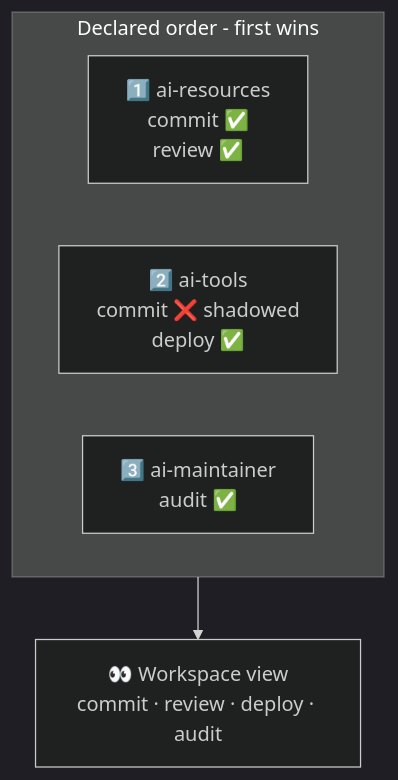
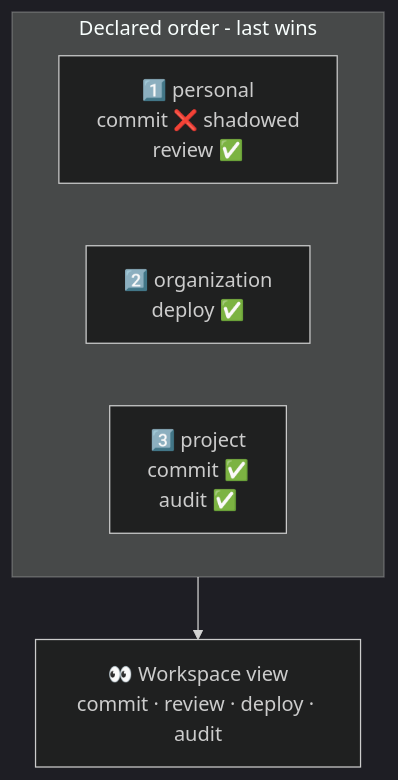
One commit to sylvanld/airfs changed the second of 2 diagrams in README.md. Above: the diagram before and after it, drawn with Mermaid (dark theme). The commit also changed other lines of this file and 12 other files, not shown here.

````diff
--- a/README.md
+++ b/README.md
@@ -62,11 +65,11 @@
 ```mermaid
 flowchart TB
-    subgraph S["Declared order - first wins"]
+    subgraph S["Declared order - last wins"]
         direction LR
-        S1["1️⃣ ai-resources<br/>commit ✅<br/>review ✅"]
-        S2["2️⃣ ai-tools<br/>commit ❌ shadowed<br/>deploy ✅"]
-        S3["3️⃣ ai-maintainer<br/>audit ✅"]
+        S1["1️⃣ personal<br/>commit ❌ shadowed<br/>review ✅"]
+        S2["2️⃣ organization<br/>deploy ✅"]
+        S3["3️⃣ project<br/>commit ✅<br/>audit ✅"]
     end
 
     S --> R["👀 Workspace view<br/>commit · review · deploy · audit"]
 ```
````
